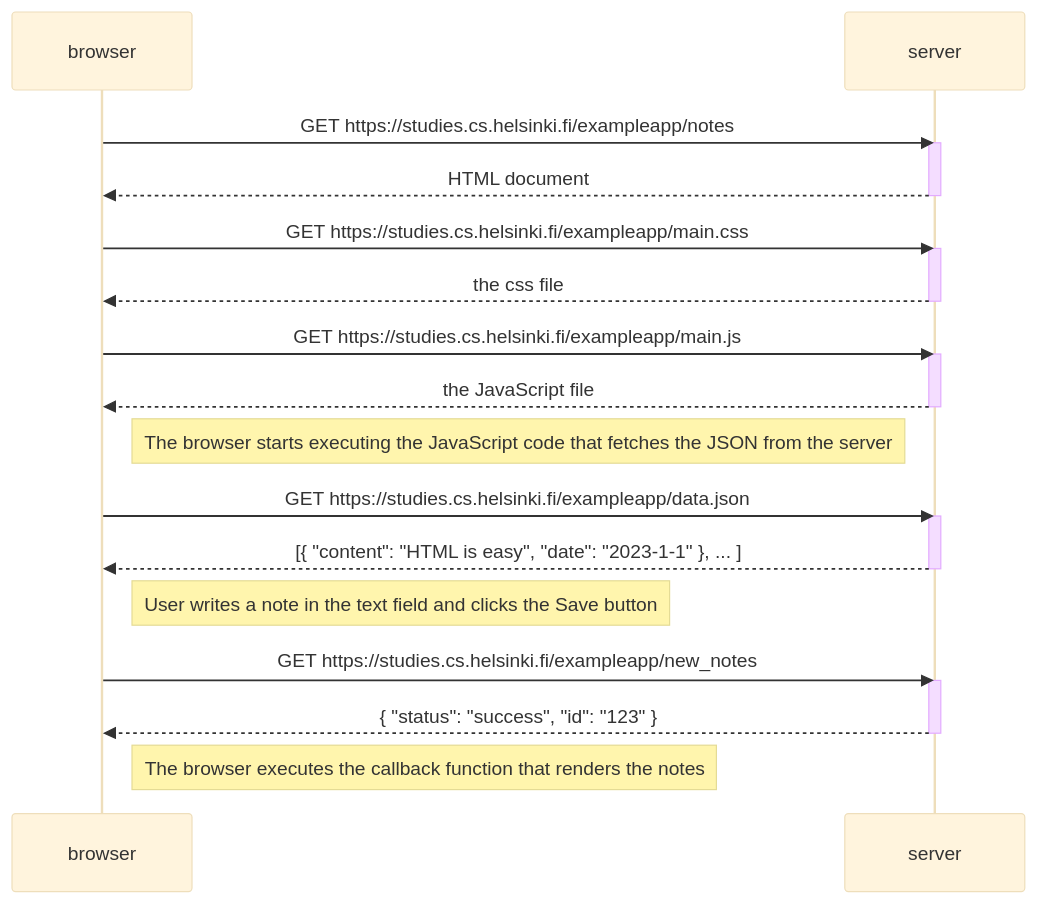
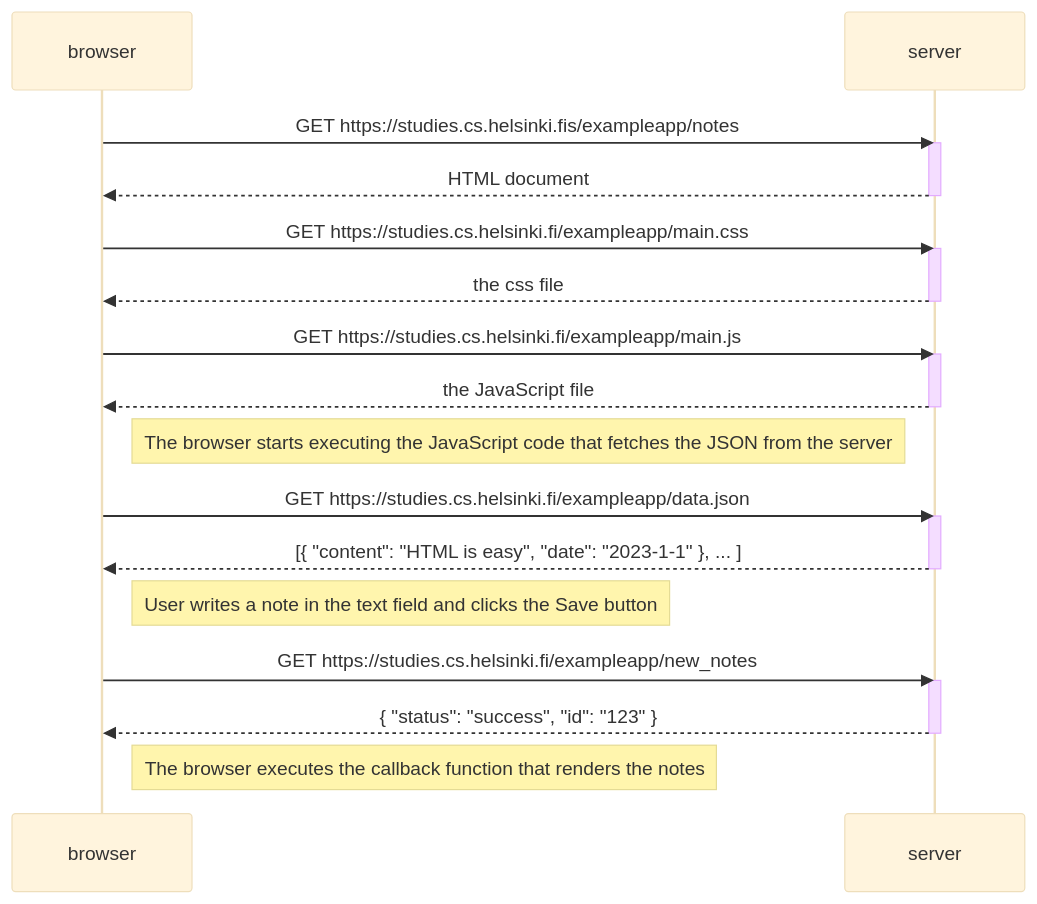
Before and after one commit to martyna32/fullstackopenMartyna-Podg-rska: the diagram in part 0/0.4.md, drawn with Mermaid (base theme).

````diff
--- a/part 0/0.4.md
+++ b/part 0/0.4.md
@@ -1,37 +1,37 @@
 ```mermaid
 sequenceDiagram
     participant browser
     participant server
 
-    browser->>server: GET https://studies.cs.helsinki.fi/exampleapp/notes
+    browser->>server: GET https://studies.cs.helsinki.fis/exampleapp/notes
     activate server
     server-->>browser: HTML document
     deactivate server
 
     browser->>server: GET https://studies.cs.helsinki.fi/exampleapp/main.css
     activate server
     server-->>browser: the css file
     deactivate server
 
     browser->>server: GET https://studies.cs.helsinki.fi/exampleapp/main.js
     activate server
     server-->>browser: the JavaScript file
     deactivate server
 
     Note right of browser: The browser starts executing the JavaScript code that fetches the JSON from the server
 
     browser->>server: GET https://studies.cs.helsinki.fi/exampleapp/data.json
     activate server
     server-->>browser: [{ "content": "HTML is easy", "date": "2023-1-1" }, ... ]
     deactivate server
 
     Note right of browser: User writes a note in the text field and clicks the Save button
 
     browser->>server: GET https://studies.cs.helsinki.fi/exampleapp/new_notes
     activate server
     server-->>browser: { "status": "success", "id": "123" }
     deactivate server
 
     Note right of browser: The browser executes the callback function that renders the notes
 
 ```
````
